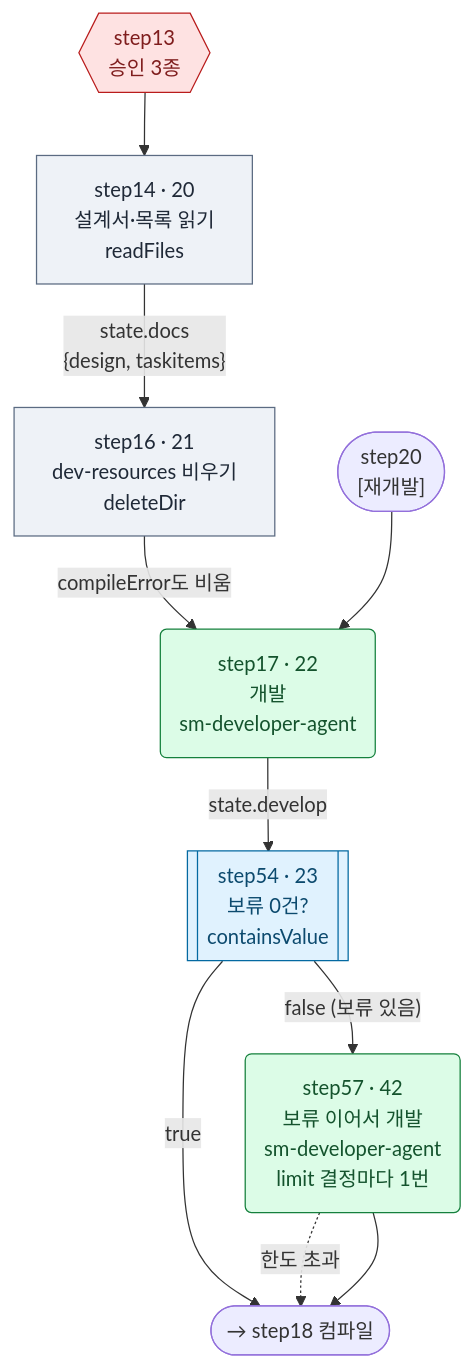
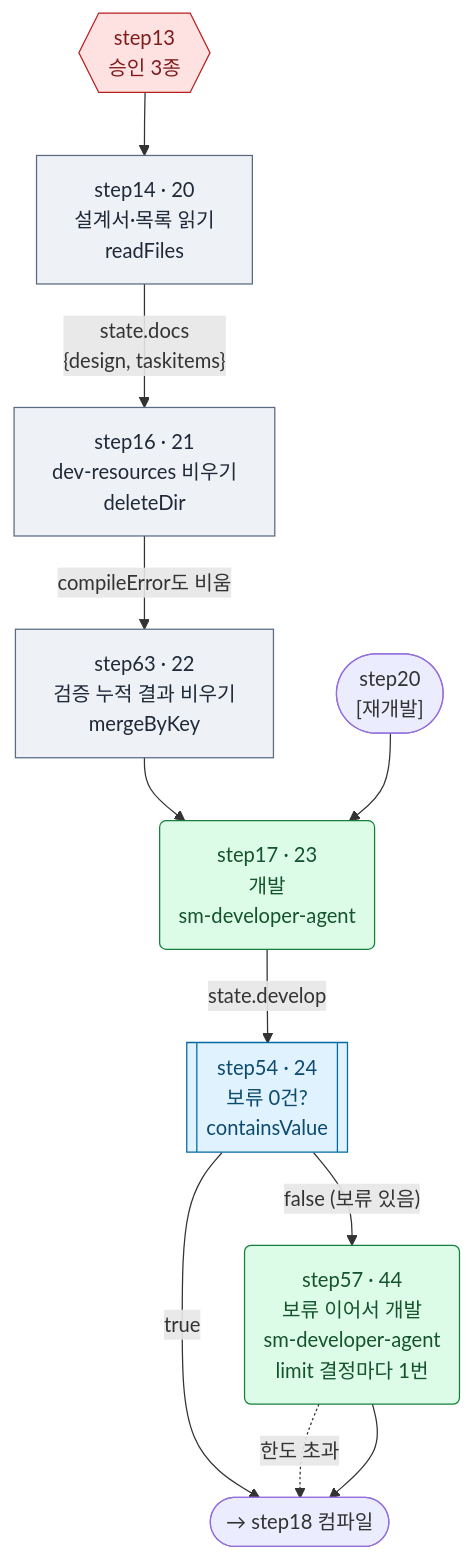
Before and after one commit to YongSoekChoeng/dstone: diagram 11 of 24 in docs/09.dstone-ai-engine-sm-workflow.md, drawn with Mermaid. The commit also changed other lines of this file and 9 other files, not shown here.

````diff
--- a/docs/09.dstone-ai-engine-sm-workflow.md
+++ b/docs/09.dstone-ai-engine-sm-workflow.md
@@ -886,17 +889,18 @@
 ```mermaid
 flowchart TD
     step13{{"step13<br/>승인 3종"}}:::appr --> step14["step14 · 20<br/>설계서·목록 읽기<br/>readFiles"]:::tool
     step14 -->|"state.docs<br/>{design, taskitems}"| step16["step16 · 21<br/>dev-resources 비우기<br/>deleteDir"]:::tool
-    step16 -->|"compileError도 비움"| step17("step17 · 22<br/>개발<br/>sm-developer-agent"):::agent
+    step16 -->|"compileError도 비움"| step63["step63 · 22<br/>검증 누적 결과 비우기<br/>mergeByKey"]:::tool
+    step63 --> step17("step17 · 23<br/>개발<br/>sm-developer-agent"):::agent
     RE(["step20<br/>[재개발]"]) --> step17
-    step17 -->|state.develop| step54[["step54 · 23<br/>보류 0건?<br/>containsValue"]]:::route
+    step17 -->|state.develop| step54[["step54 · 24<br/>보류 0건?<br/>containsValue"]]:::route
     step54 -->|"true"| step18(["→ step18 컴파일"])
-    step54 -->|"false (보류 있음)"| step57("step57 · 42<br/>보류 이어서 개발<br/>sm-developer-agent<br/>limit 결정마다 1번"):::agent
+    step54 -->|"false (보류 있음)"| step57("step57 · 44<br/>보류 이어서 개발<br/>sm-developer-agent<br/>limit 결정마다 1번"):::agent
     step57 -.->|한도 초과| step18
     step57 --> step18
 
     classDef tool fill:#eef2f7,stroke:#5b6b82,color:#1f2937
     classDef route fill:#e0f2fe,stroke:#0369a1,color:#0c4a6e
     classDef agent fill:#dcfce7,stroke:#15803d,color:#14532d
     classDef appr fill:#fee2e2,stroke:#b91c1c,color:#7f1d1d
 ```
````
